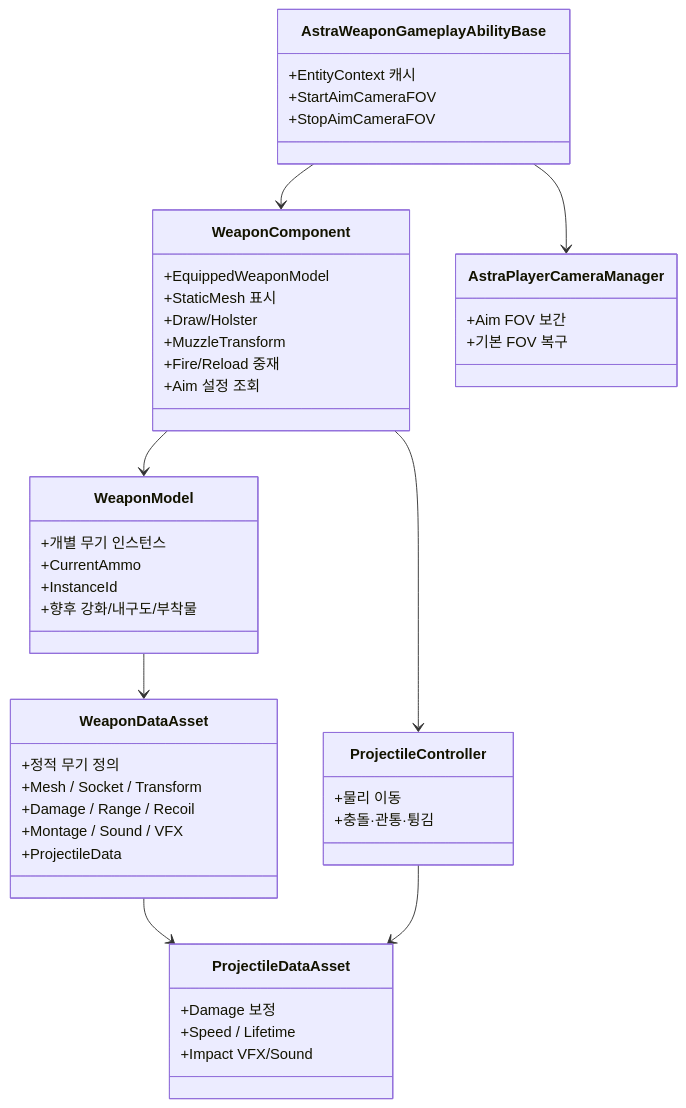
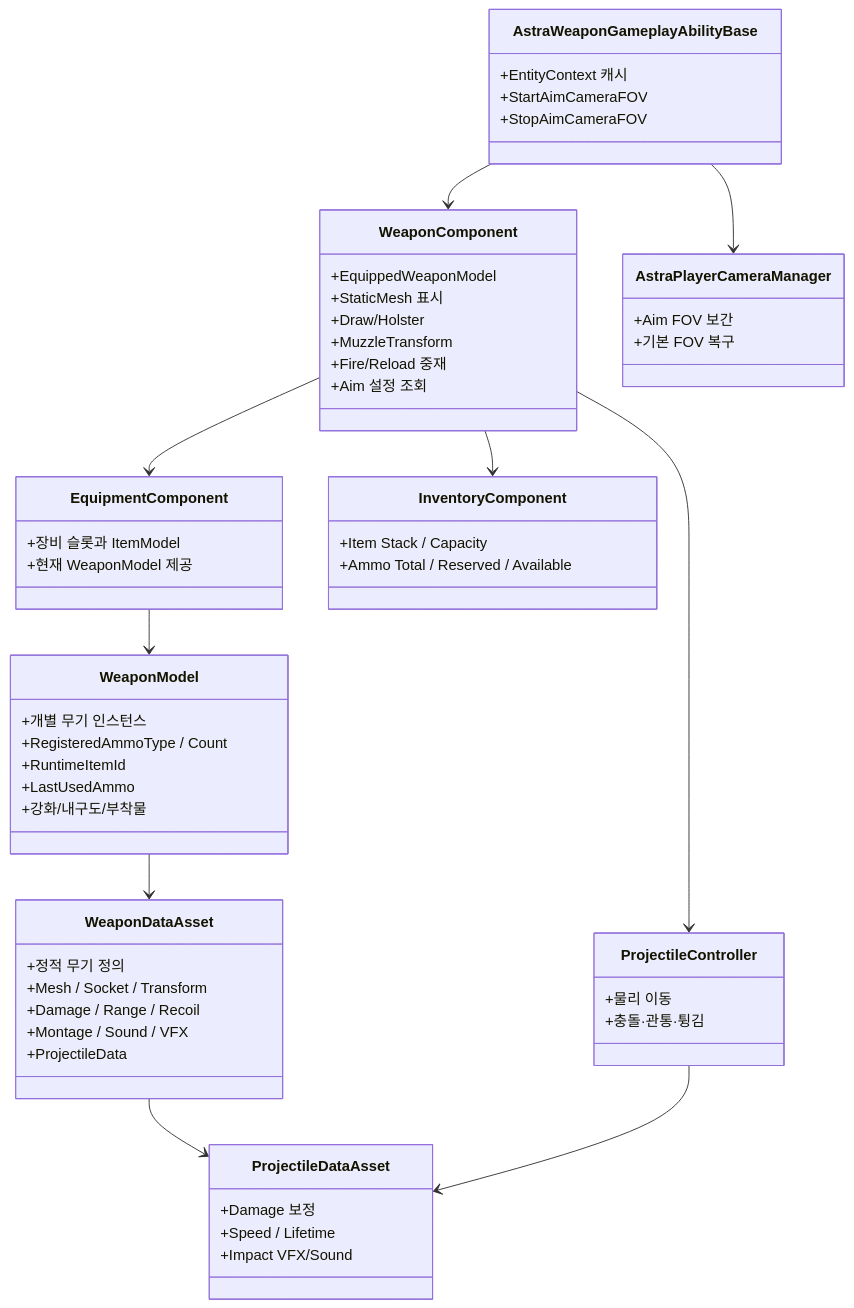
One commit to liang2papa/Astra_Docs changed the second of 3 diagrams in Wiki/03_시스템 설계/무기 시스템.md. Above: the diagram before and after it, drawn with Mermaid. The commit also changed other lines of this file and 19 other files, not shown here.

````diff
--- a/Wiki/03_시스템 설계/무기 시스템.md
+++ b/Wiki/03_시스템 설계/무기 시스템.md
@@ -55,50 +57,61 @@
 ```mermaid
 classDiagram
     class WeaponDataAsset {
         +정적 무기 정의
         +Mesh / Socket / Transform
         +Damage / Range / Recoil
         +Montage / Sound / VFX
         +ProjectileData
     }
     class WeaponModel {
         +개별 무기 인스턴스
-        +CurrentAmmo
-        +InstanceId
-        +향후 강화/내구도/부착물
+        +RegisteredAmmoType / Count
+        +RuntimeItemId
+        +LastUsedAmmo
+        +강화/내구도/부착물
+    }
+    class EquipmentComponent {
+        +장비 슬롯과 ItemModel
+        +현재 WeaponModel 제공
+    }
+    class InventoryComponent {
+        +Item Stack / Capacity
+        +Ammo Total / Reserved / Available
     }
     class WeaponComponent {
         +EquippedWeaponModel
         +StaticMesh 표시
         +Draw/Holster
         +MuzzleTransform
         +Fire/Reload 중재
         +Aim 설정 조회
     }
     class AstraWeaponGameplayAbilityBase {
         +EntityContext 캐시
         +StartAimCameraFOV
         +StopAimCameraFOV
     }
     class AstraPlayerCameraManager {
         +Aim FOV 보간
         +기본 FOV 복구
     }
     class ProjectileDataAsset {
         +Damage 보정
         +Speed / Lifetime
         +Impact VFX/Sound
     }
     class ProjectileController {
         +물리 이동
         +충돌·관통·튕김
     }
 
     WeaponModel --> WeaponDataAsset
-    WeaponComponent --> WeaponModel
+    EquipmentComponent --> WeaponModel
+    WeaponComponent --> EquipmentComponent
+    WeaponComponent --> InventoryComponent
     WeaponDataAsset --> ProjectileDataAsset
     WeaponComponent --> ProjectileController
     AstraWeaponGameplayAbilityBase --> WeaponComponent
     AstraWeaponGameplayAbilityBase --> AstraPlayerCameraManager
     ProjectileController --> ProjectileDataAsset
 ```
````
